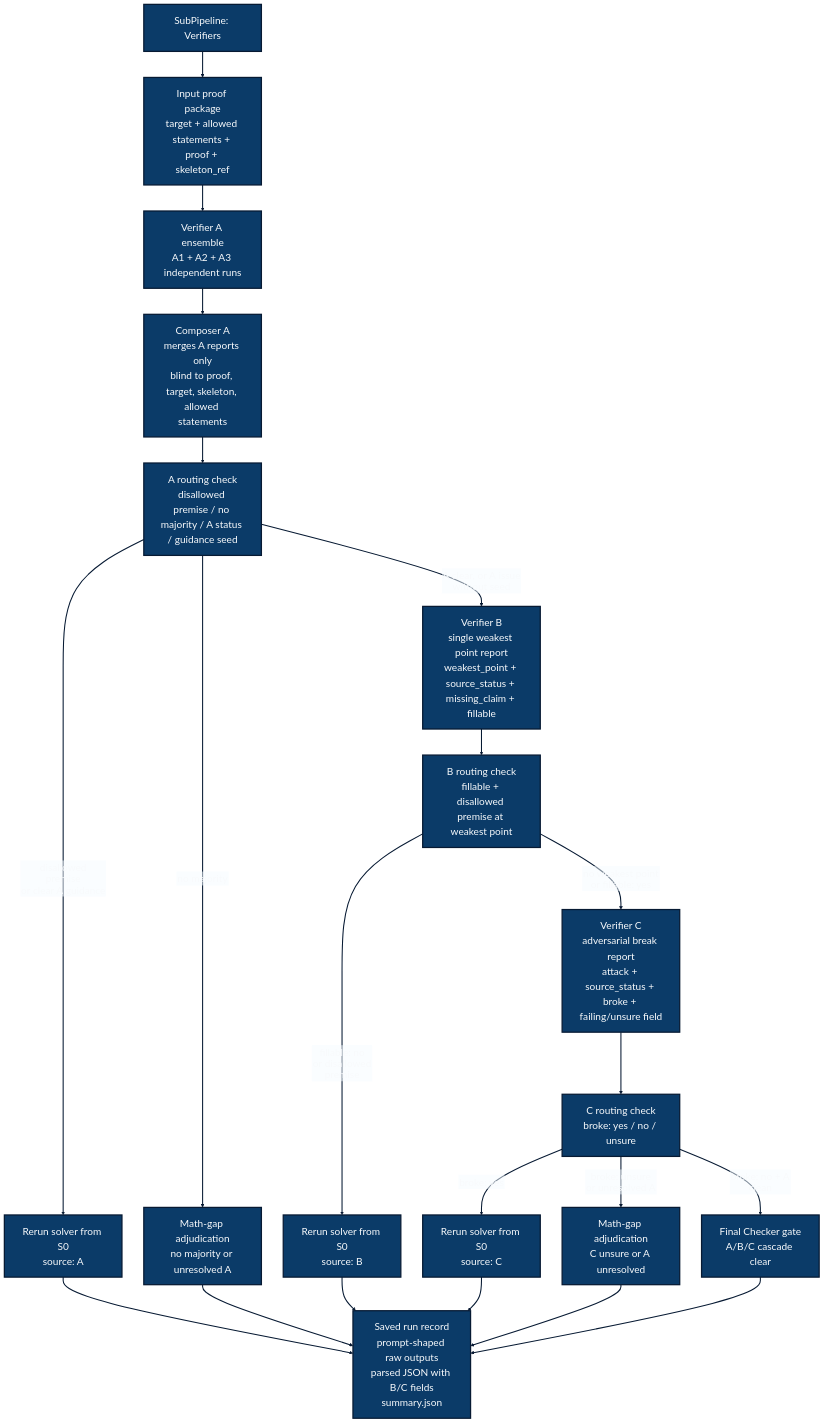
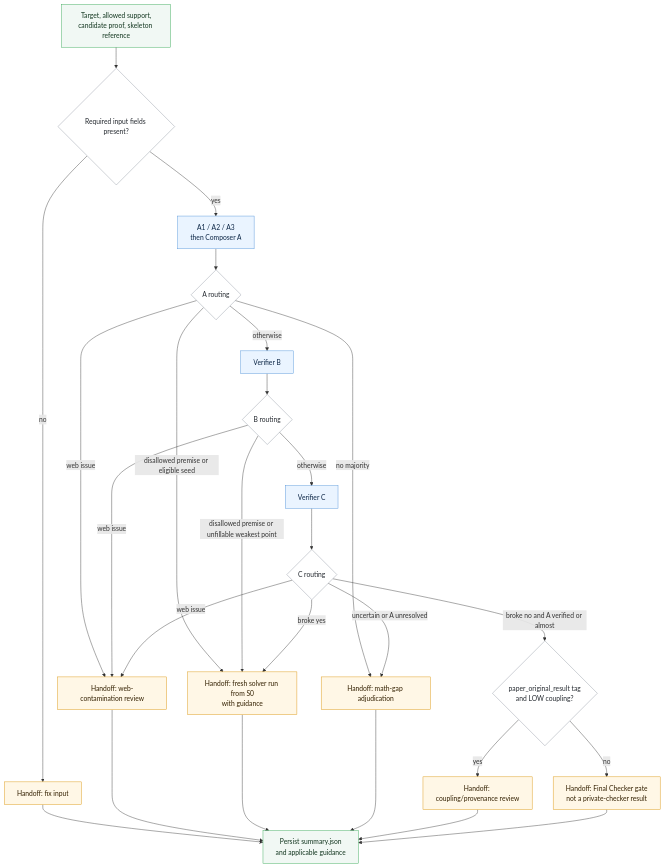
The diagram in Individual Pipeline/verifiers/SubPipeline_Verifiers.md (GrgAakash/RIPS-Proof-Pipeline), drawn with Mermaid before and after one commit. The commit also changed other lines of this file and 44 other files, not shown here.

````diff
--- a/Individual Pipeline/verifiers/SubPipeline_Verifiers.md
+++ b/Individual Pipeline/verifiers/SubPipeline_Verifiers.md
@@ -5,53 +13,51 @@
 ```mermaid
-%%{init: {"theme": "base", "themeVariables": {"background": "#F6FBFF", "fontFamily": "Inter, Segoe UI, Arial", "fontSize": "24px", "primaryTextColor": "#F8FAFC", "primaryBorderColor": "#071A33", "lineColor": "#071A33", "edgeLabelBackground": "#F6FBFF"}, "flowchart": {"htmlLabels": false, "nodeSpacing": 52, "rankSpacing": 62, "curve": "basis", "padding": 20}}}%%
-flowchart TB
-    title["SubPipeline: Verifiers"]
-    input["Input proof package<br/>target + allowed statements + proof + skeleton_ref"]
+flowchart TD
+    input["Target, allowed support,<br/>candidate proof, skeleton reference"]
+    setup{"Required input fields present?"}
+    fix["Handoff: fix input"]
+    a["A1 / A2 / A3<br/>then Composer A"]
+    routeA{"A routing"}
+    b["Verifier B"]
+    routeB{"B routing"}
+    c["Verifier C"]
+    routeC{"C routing"}
+    web["Handoff: web-contamination review"]
+    rerun["Handoff: fresh solver run from S0<br/>with guidance"]
+    math["Handoff: math-gap adjudication"]
+    coupling{"paper_original_result tag<br/>and LOW coupling?"}
+    provenance["Handoff: coupling/provenance review"]
+    finalgate["Handoff: Final Checker gate<br/>not a private-checker result"]
+    saved["Persist summary.json<br/>and applicable guidance"]
 
-    ensemble["Verifier A ensemble<br/>A1 + A2 + A3 independent runs"]
-    composer["Composer A<br/>merges A reports only<br/>blind to proof, target, skeleton, allowed statements"]
-    acheck["A routing check<br/>disallowed premise / no majority / A status / guidance seed"]
+    input --> setup
+    setup -->|no| fix
+    setup -->|yes| a --> routeA
+    routeA -->|web issue| web
+    routeA -->|disallowed premise or eligible seed| rerun
+    routeA -->|no majority| math
+    routeA -->|otherwise| b --> routeB
+    routeB -->|web issue| web
+    routeB -->|disallowed premise or unfillable weakest point| rerun
+    routeB -->|otherwise| c --> routeC
+    routeC -->|web issue| web
+    routeC -->|broke yes| rerun
+    routeC -->|uncertain or A unresolved| math
+    routeC -->|broke no and A verified or almost| coupling
+    coupling -->|yes| provenance
+    coupling -->|no| finalgate
+    fix --> saved
+    web --> saved
+    rerun --> saved
+    math --> saved
+    provenance --> saved
+    finalgate --> saved
 
-    b["Verifier B<br/>single weakest point report<br/>weakest_point + source_status + missing_claim + fillable"]
-    bcheck["B routing check<br/>fillable + disallowed premise at weakest point"]
-    c["Verifier C<br/>adversarial break report<br/>attack + source_status + broke + failing/unsure field"]
-    ccheck["C routing check<br/>broke: yes / no / unsure"]
-
-    arerun["Rerun solver from S0<br/>source: A"]
-    aadj["Math-gap adjudication<br/>no majority or unresolved A"]
-    brerun["Rerun solver from S0<br/>source: B"]
-    crerun["Rerun solver from S0<br/>source: C"]
-    cadj["Math-gap adjudication<br/>C unsure or A unresolved"]
-    finalgate["Final Checker gate<br/>A/B/C cascade clear"]
-    artifacts["Saved run record<br/>prompt-shaped raw outputs<br/>parsed JSON with B/C fields<br/>summary.json"]
-
-    title --> input
-    input --> ensemble
-    ensemble --> composer
-    composer --> acheck
-
-    acheck -->|"disallowed premise<br/>or clear A guidance"| arerun
-    acheck -->|"no majority"| aadj
-    acheck -->|"A clear, or A issue<br/>without seed"| b
-
-    b --> bcheck
-    bcheck -->|"fillable: no<br/>or disallowed premise"| brerun
-    bcheck -->|"no weakest point<br/>or fillable: yes"| c
-
-    c --> ccheck
-    ccheck -->|"broke: yes"| crerun
-    ccheck -->|"broke: no + A clean"| finalgate
-    ccheck -->|"broke: unsure<br/>or unresolved A"| cadj
-
-    arerun --> artifacts
-    aadj --> artifacts
-    brerun --> artifacts
-    crerun --> artifacts
-    cadj --> artifacts
-    finalgate --> artifacts
-
-    classDef mono fill:#0B3B68,stroke:#071A33,stroke-width:3px,color:#F8FAFC;
-    class title,input,ensemble,composer,acheck,b,bcheck,c,ccheck,arerun,aadj,brerun,crerun,cadj,finalgate,artifacts mono;
-
-    linkStyle default stroke:#071A33,stroke-width:2.5px;
+    classDef stage fill:#eaf4ff,stroke:#4b8fd8,color:#0b2545;
+    classDef decision fill:#ffffff,stroke:#8b949e,color:#24292f;
+    classDef handoff fill:#fff7e6,stroke:#d99000,color:#332000;
+    classDef artifact fill:#f1f8f4,stroke:#2da44e,color:#12361f;
+    class a,b,c stage;
+    class setup,routeA,routeB,routeC,coupling decision;
+    class fix,web,rerun,math,provenance,finalgate handoff;
+    class input,saved artifact;
 ```
````
